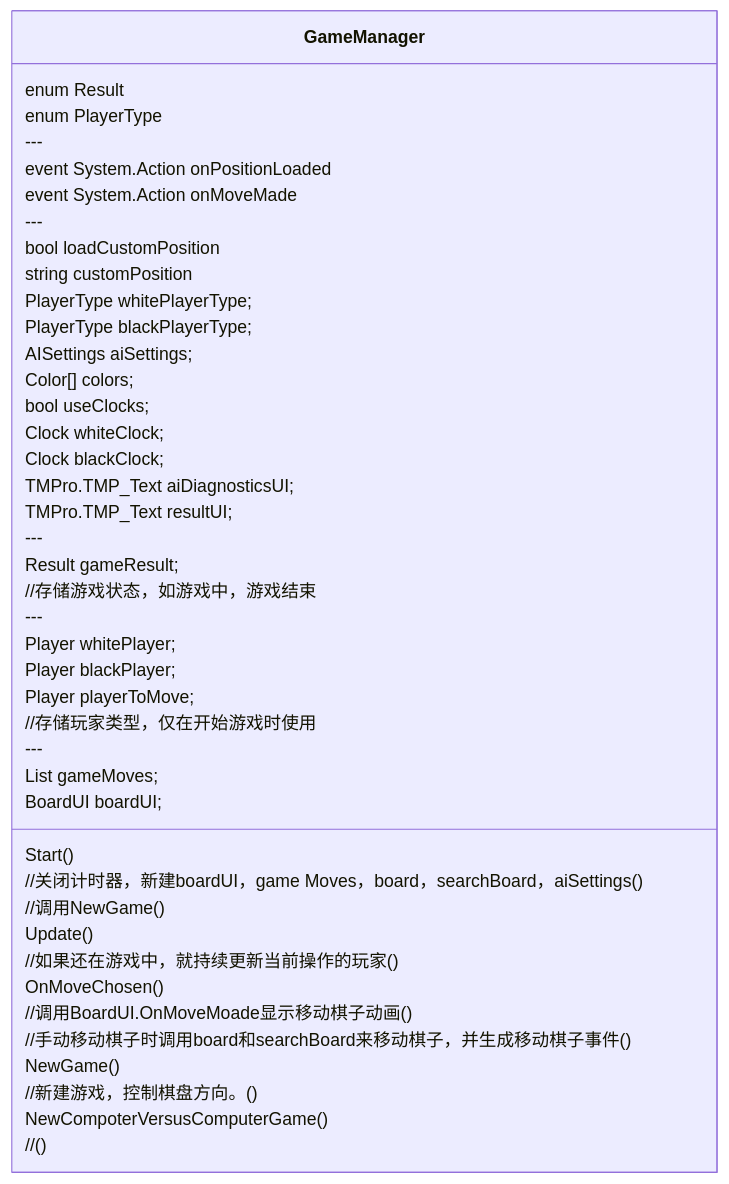
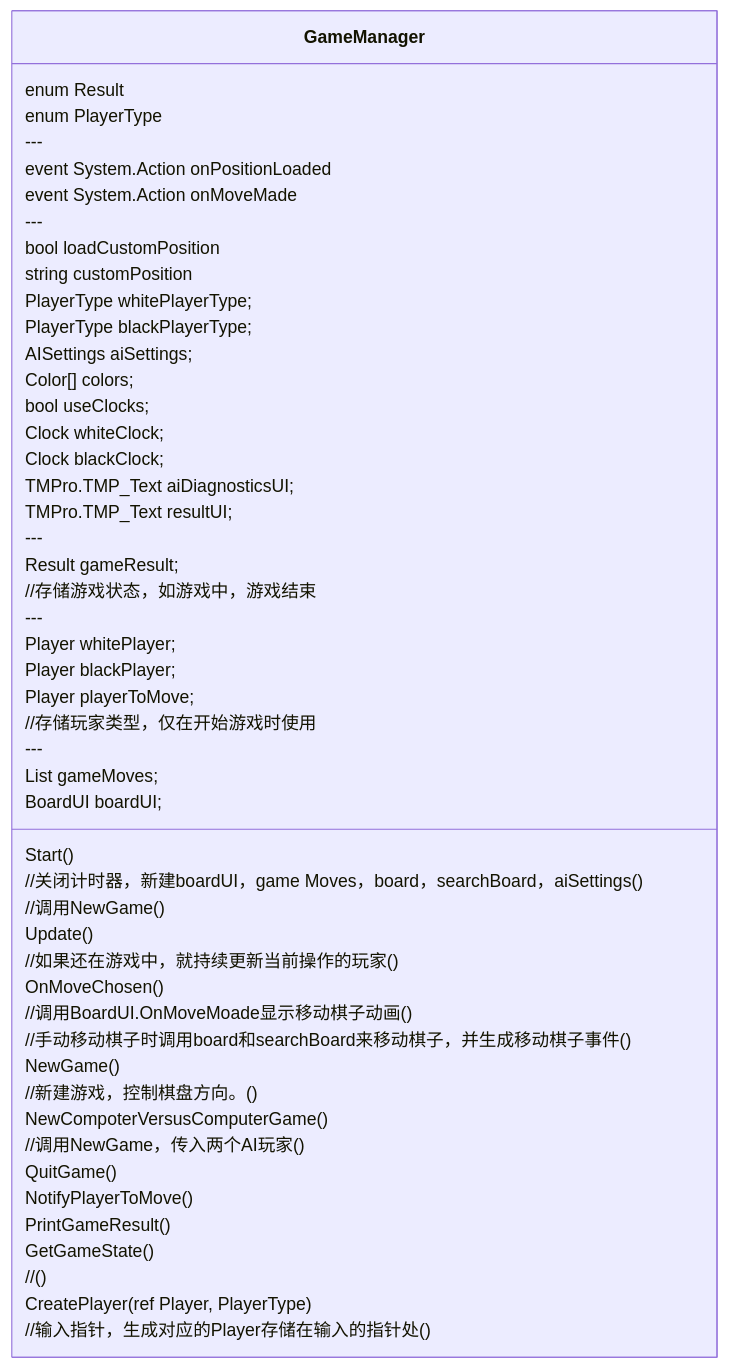
The diagram in Assets/Scripts/Structure.md (Arrosam/Chess-AI), drawn with Mermaid before and after one commit. The commit also changed 21 other files, not shown here.

````diff
--- a/Assets/Scripts/Structure.md
+++ b/Assets/Scripts/Structure.md
@@ -1,47 +1,53 @@
 ```mermaid
     classDiagram
     class GameManager{
         enum Result
         enum PlayerType
         ---
         event System.Action onPositionLoaded
         event System.Action onMoveMade
         ---
         bool loadCustomPosition
         string customPosition
         PlayerType whitePlayerType;
         PlayerType blackPlayerType;
         AISettings aiSettings;
         Color[] colors;
         bool useClocks;
         Clock whiteClock;
         Clock blackClock;
         TMPro.TMP_Text aiDiagnosticsUI;
         TMPro.TMP_Text resultUI;
         ---
         Result gameResult;
         //存储游戏状态，如游戏中，游戏结束
         ---
         Player whitePlayer;
         Player blackPlayer;
         Player playerToMove;
         //存储玩家类型，仅在开始游戏时使用
         ---
         List<Move> gameMoves;
         BoardUI boardUI;
         
         Start()
         //关闭计时器，新建boardUI，game Moves，board，searchBoard，aiSettings()
         //调用NewGame()
         Update()
         //如果还在游戏中，就持续更新当前操作的玩家()
         OnMoveChosen()
         //调用BoardUI.OnMoveMoade显示移动棋子动画()
         //手动移动棋子时调用board和searchBoard来移动棋子，并生成移动棋子事件()
         NewGame()
         //新建游戏，控制棋盘方向。()
         NewCompoterVersusComputerGame()
-        
+        //调用NewGame，传入两个AI玩家()
+        QuitGame()
+        NotifyPlayerToMove()
+        PrintGameResult()
+        GetGameState()
         //()
+        CreatePlayer(ref Player, PlayerType)
+        //输入指针，生成对应的Player存储在输入的指针处()
     }
 ```
````
